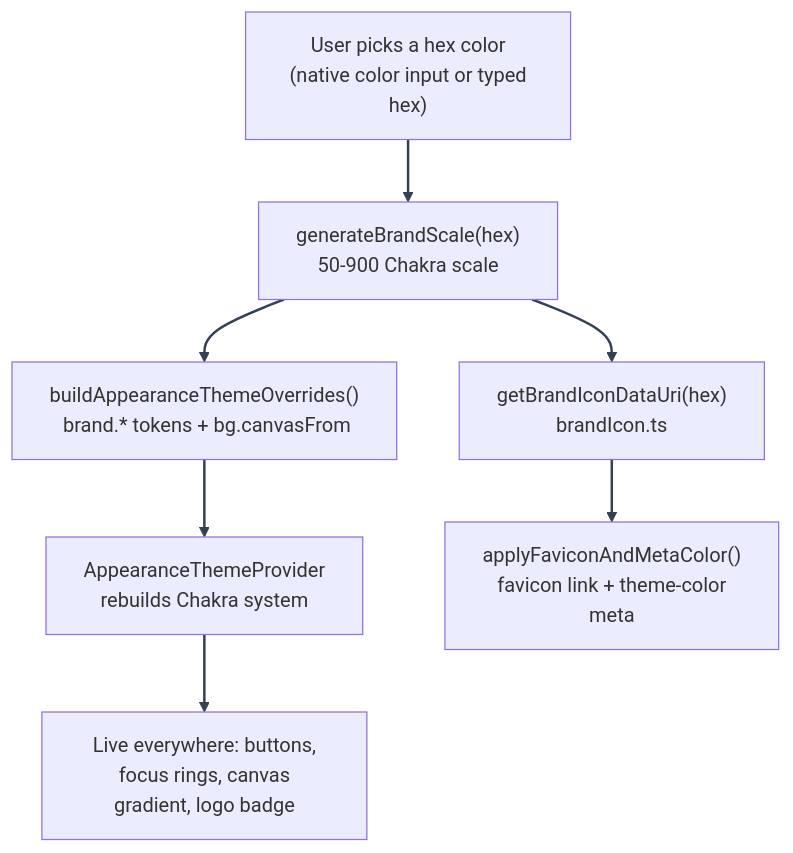
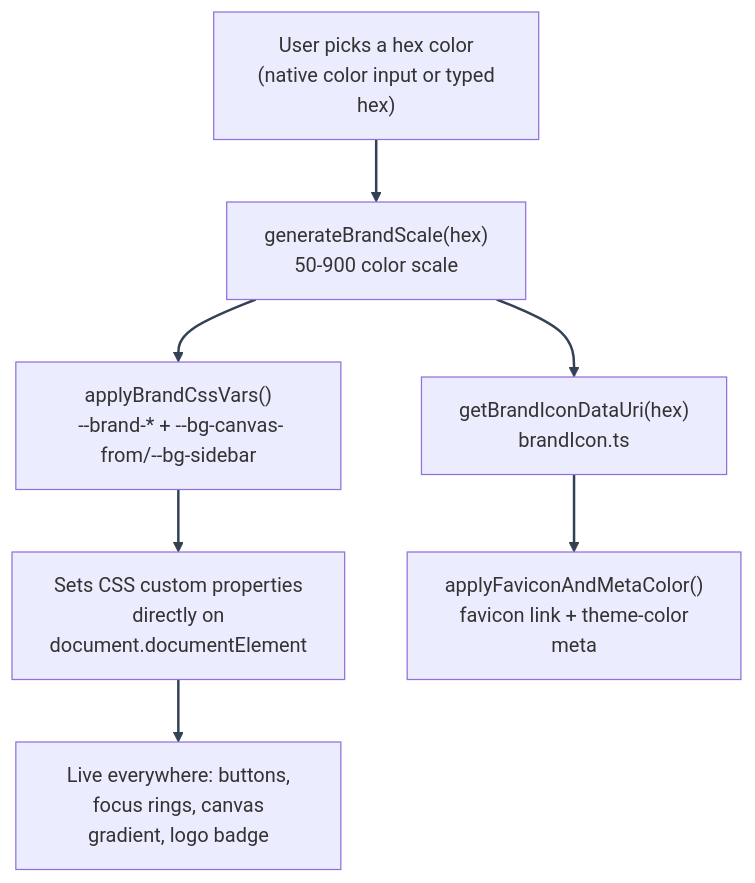
Before and after one commit to Nachiket-2024/mystic-auth: the diagram in docs/mystic_auth/appearance/overview.md, drawn with Mermaid. The commit also changed other lines of this file and 905 other files, not shown here.

````diff
--- a/docs/mystic_auth/appearance/overview.md
+++ b/docs/mystic_auth/appearance/overview.md
@@ -47,11 +47,11 @@
 ```mermaid
 %%{init: {"themeVariables": {"lineColor": "#334155"}} }%%
 flowchart TD
-    Hex["User picks a hex color\n (native color input or typed hex)"] --> Scale["generateBrandScale(hex)\n 50-900 Chakra scale"]
-    Scale --> Overrides["buildAppearanceThemeOverrides()\n brand.* tokens + bg.canvasFrom"]
+    Hex["User picks a hex color\n (native color input or typed hex)"] --> Scale["generateBrandScale(hex)\n 50-900 color scale"]
+    Scale --> Overrides["applyBrandCssVars()\n --brand-* + --bg-canvas-from/--bg-sidebar"]
     Scale --> Icon["getBrandIconDataUri(hex)\n brandIcon.ts"]
-    Overrides --> System["AppearanceThemeProvider\n rebuilds Chakra system"]
+    Overrides --> Vars["Sets CSS custom properties\n directly on document.documentElement"]
     Icon --> Favicon["applyFaviconAndMetaColor()\n favicon link + theme-color meta"]
-    System --> Live["Live everywhere: buttons,\n focus rings, canvas gradient, logo badge"]
+    Vars --> Live["Live everywhere: buttons,\n focus rings, canvas gradient, logo badge"]
     linkStyle default stroke:#334155,stroke-width:2px
 ```
````
